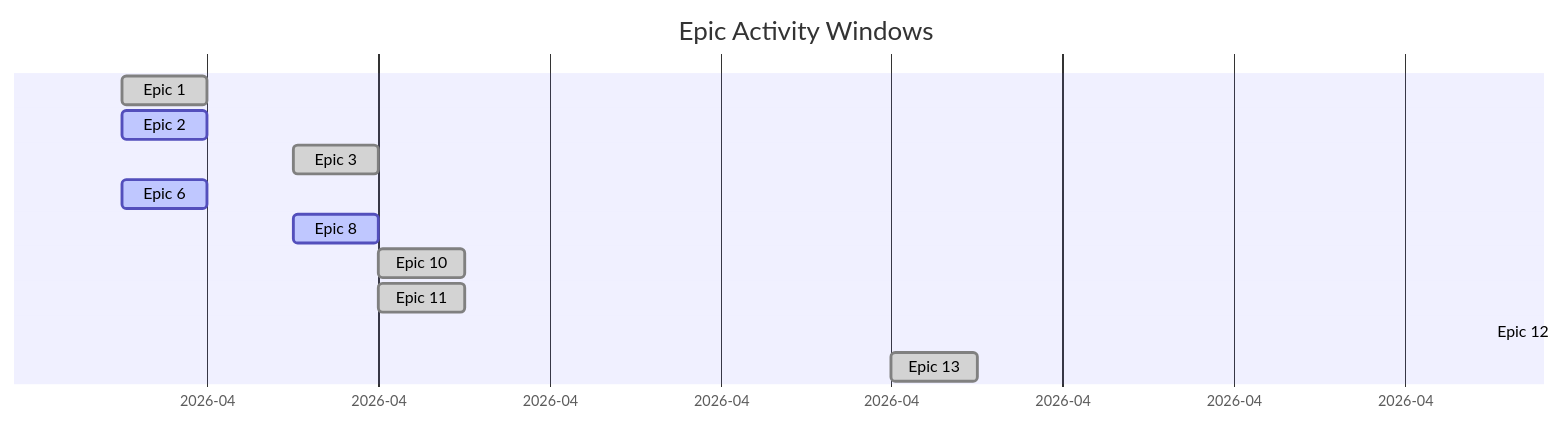
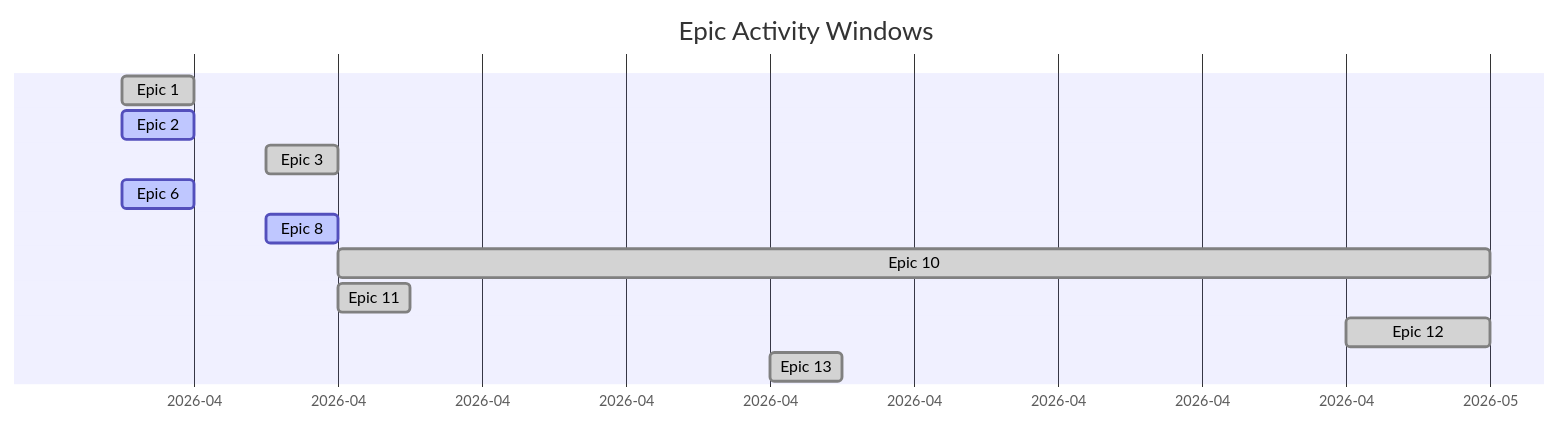
Before and after one commit to wegofwd2020-hub/StudyBuddy_OnDemand: the diagram in docs/PROGRESS.md, drawn with Mermaid. The commit also changed other lines of this file, not shown here.

````diff
--- a/docs/PROGRESS.md
+++ b/docs/PROGRESS.md
@@ -9,15 +9,15 @@
 ```mermaid
 gantt
     title Epic Activity Windows
     dateFormat YYYY-MM-DD
     axisFormat %Y-%m
     Epic 1  :done, e1, 2026-04-12, 2026-04-13
     Epic 2  :active, e2, 2026-04-12, 2026-04-13
     Epic 3  :done, e3, 2026-04-14, 2026-04-15
     Epic 6  :active, e6, 2026-04-12, 2026-04-13
     Epic 8  :active, e8, 2026-04-14, 2026-04-15
-    Epic 10 :done, e10, 2026-04-15, 2026-04-16
+    Epic 10 :done, e10, 2026-04-15, 2026-05-01
     Epic 11 :done, e11, 2026-04-15, 2026-04-16
-    Epic 12 :active, e12, 2026-04-29, 2026-04-28
+    Epic 12 :done, e12, 2026-04-29, 2026-05-01
     Epic 13 :done, e13, 2026-04-21, 2026-04-22
 ```
````
